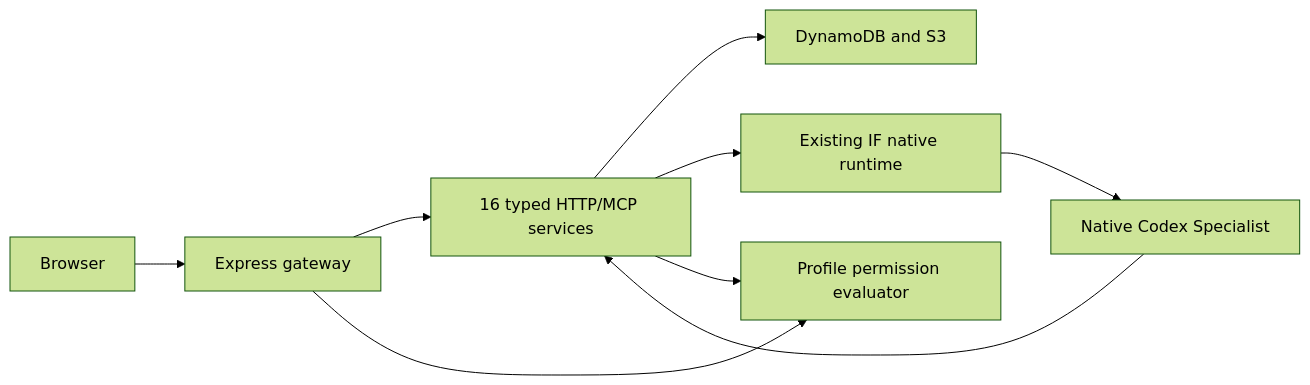
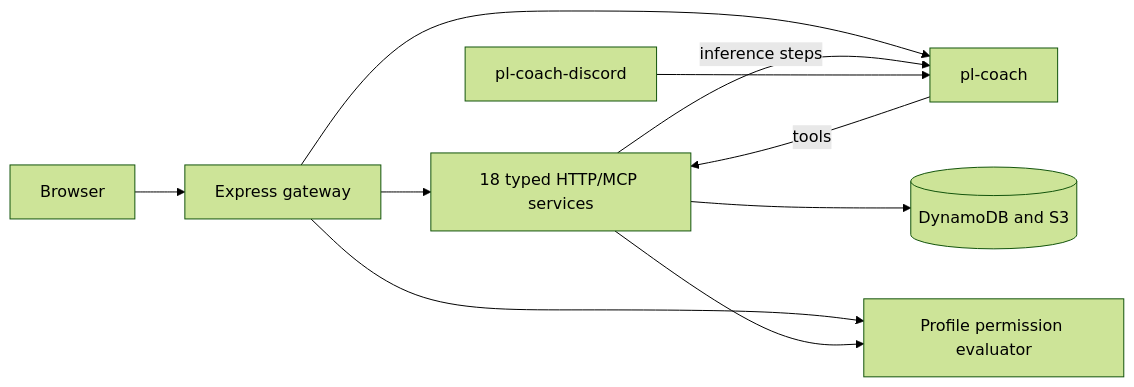
One commit to PierreStephaneVoltaire/ai-powerlifting changed the first of 5 diagrams in docs/ARCHITECTURE.md. Above: the diagram before and after it, drawn with Mermaid (forest theme). The commit also changed other lines of this file and 3 other files, not shown here.

````diff
--- a/docs/ARCHITECTURE.md
+++ b/docs/ARCHITECTURE.md
@@ -24,11 +25,12 @@
 ```mermaid
 flowchart LR
-  Browser --> Gateway[Express gateway]
-  Gateway --> Service[16 typed HTTP/MCP services]
-  Specialist[Native Codex Specialist] --> Service
-  Service --> Store[DynamoDB and S3]
-  Service --> Runtime[Existing IF native runtime]
-  Runtime --> Specialist
-  Gateway --> Profile[Profile permission evaluator]
+  Browser["Browser"] --> Gateway["Express gateway"]
+  Gateway --> Service["18 typed HTTP/MCP services"]
+  Gateway --> Coach["pl-coach"]
+  Service -->|"inference steps"| Coach
+  Coach -->|"tools"| Service
+  Bot["pl-coach-discord"] --> Coach
+  Service --> Store[("DynamoDB and S3")]
+  Gateway --> Profile["Profile permission evaluator"]
   Service --> Profile
 ```
````
